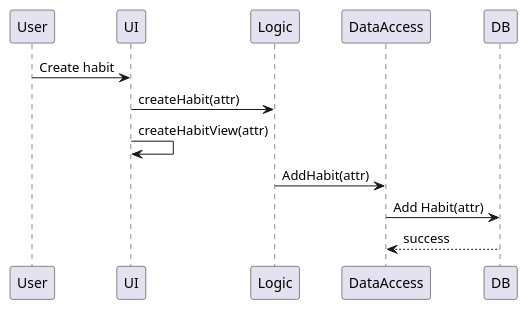
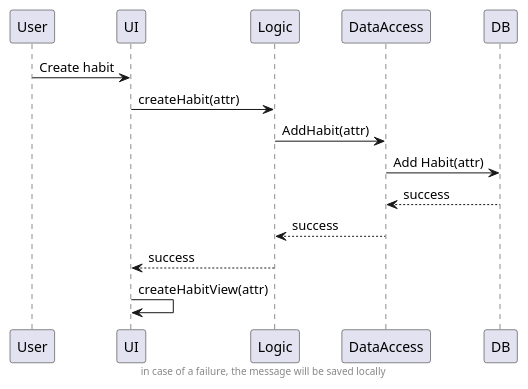
The diagram in documentation/arc42_doc/plantuml/createHabit.puml (marceljki/goalz), drawn with PlantUML before and after one commit. The commit also changed 2 other files, not shown here.

Commit message:
Update uml

```diff
--- a/documentation/arc42_doc/plantuml/createHabit.puml
+++ b/documentation/arc42_doc/plantuml/createHabit.puml
@@ -1,8 +1,11 @@
 @startuml
 User -> UI: Create habit
 UI -> Logic: createHabit(attr)
-UI -> UI: createHabitView(attr)
 Logic -> DataAccess: AddHabit(attr)
 DataAccess -> DB: Add Habit(attr)
 DB --> DataAccess: success
+DataAccess --> Logic: success
+Logic --> UI: success
+UI -> UI: createHabitView(attr)
+footer in case of a failure, the message will be saved locally
 @enduml
```
